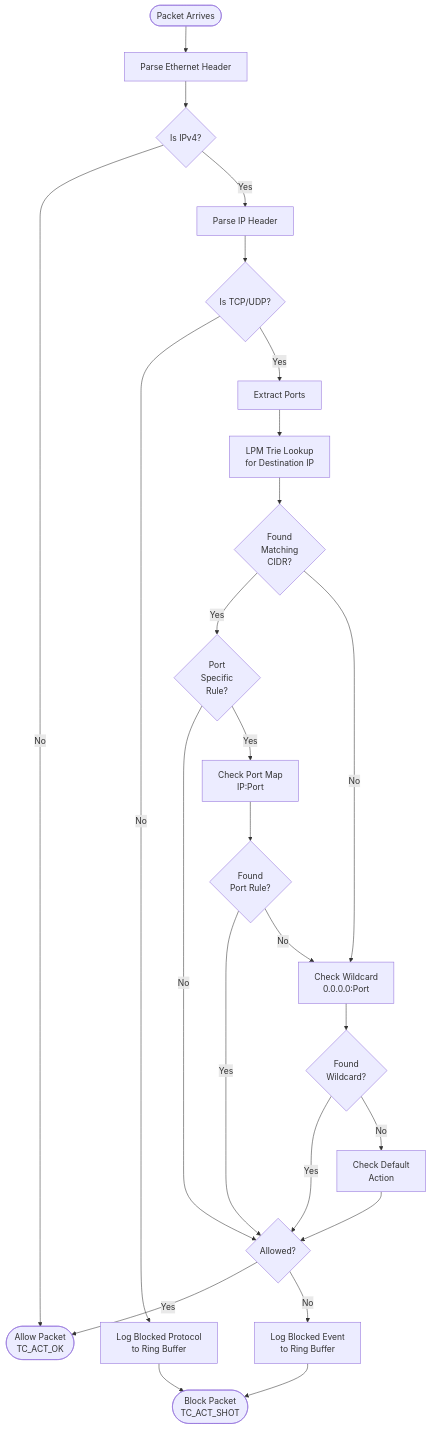
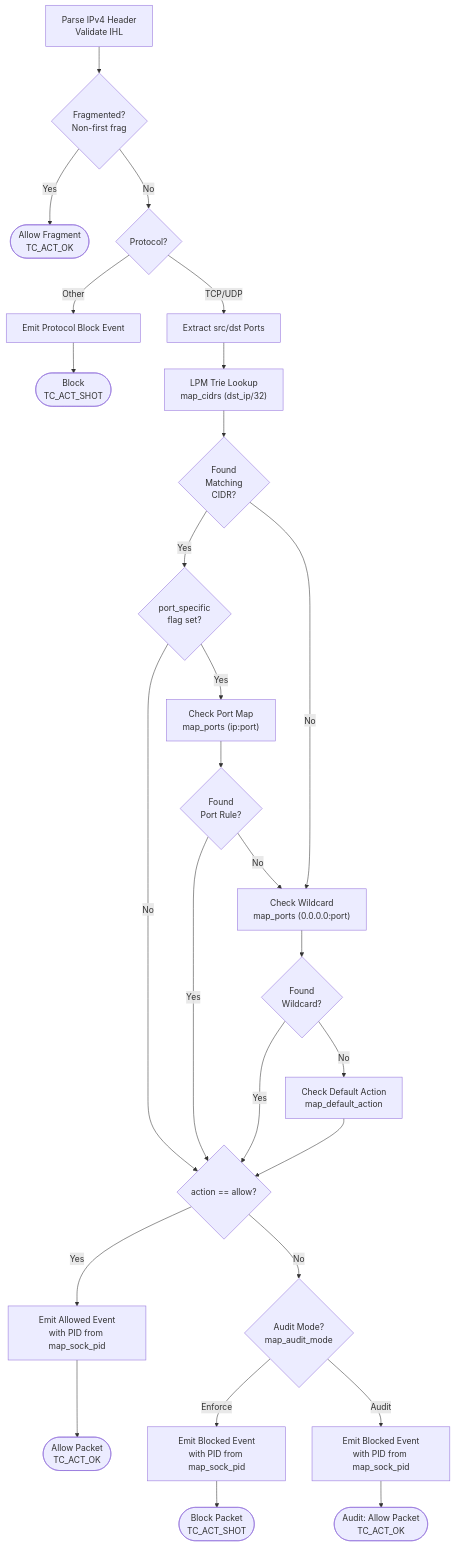
The third of 6 diagrams in design.md (code-cargo/cargowall), drawn with Mermaid before and after one commit. The commit also changed other lines of this file and 64 other files, not shown here.

````diff
--- a/design.md
+++ b/design.md
@@ -76,55 +115,59 @@
 ```mermaid
 flowchart TD
-    Start([Packet Arrives])
-    ParseEth[Parse Ethernet Header]
-    IsIP{Is IPv4?}
-    ParseIP[Parse IP Header]
-    IsTCPUDP{Is TCP/UDP?}
-    ParsePorts[Extract Ports]
+    ParseIP[Parse IPv4 Header<br/>Validate IHL]
+    IsFrag{Fragmented?<br/>Non-first frag}
+    AllowFrag([Allow Fragment<br/>TC_ACT_OK])
+    IsTCPUDP{Protocol?}
+    BlockProto[Emit Protocol Block Event]
+    BlockShot([Block<br/>TC_ACT_SHOT])
+    ParsePorts[Extract src/dst Ports]
 
-    LPMLookup[LPM Trie Lookup<br/>for Destination IP]
+    LPMLookup["LPM Trie Lookup<br/>map_cidrs (dst_ip/32)"]
     HasRule{Found<br/>Matching<br/>CIDR?}
 
-    IsPortSpecific{Port<br/>Specific<br/>Rule?}
-    CheckPort[Check Port Map<br/>IP:Port]
+    IsPortSpecific{port_specific<br/>flag set?}
+    CheckPort["Check Port Map<br/>map_ports (ip:port)"]
     HasPortRule{Found<br/>Port Rule?}
 
-    CheckWildcard[Check Wildcard<br/>0.0.0.0:Port]
+    CheckWildcard["Check Wildcard<br/>map_ports (0.0.0.0:port)"]
     HasWildcard{Found<br/>Wildcard?}
 
-    CheckDefault[Check Default<br/>Action]
-    IsAllowed{Allowed?}
+    CheckDefault["Check Default Action<br/>map_default_action"]
+    IsAllowed{action == allow?}
 
+    AuditCheck{Audit Mode?<br/>map_audit_mode}
+    EmitAllow[Emit Allowed Event<br/>with PID from map_sock_pid]
+    EmitBlock[Emit Blocked Event<br/>with PID from map_sock_pid]
+    EmitAudit[Emit Blocked Event<br/>with PID from map_sock_pid]
     Allow([Allow Packet<br/>TC_ACT_OK])
     Block([Block Packet<br/>TC_ACT_SHOT])
-    LogBlock[Log Blocked Event<br/>to Ring Buffer]
+    AuditAllow([Audit: Allow Packet<br/>TC_ACT_OK])
 
-    Start --> ParseEth
-    ParseEth --> IsIP
-    IsIP -->|No| Allow
-    IsIP -->|Yes| ParseIP
-    ParseIP --> IsTCPUDP
-    IsTCPUDP -->|No| BlockProtocol[Log Blocked Protocol<br/>to Ring Buffer]
-    IsTCPUDP -->|Yes| ParsePorts
-    BlockProtocol --> Block
+    ParseIP --> IsFrag
+    IsFrag -->|Yes| AllowFrag
+    IsFrag -->|No| IsTCPUDP
+    IsTCPUDP -->|Other| BlockProto
+    BlockProto --> BlockShot
+    IsTCPUDP -->|TCP/UDP| ParsePorts
+
     ParsePorts --> LPMLookup
-
     LPMLookup --> HasRule
     HasRule -->|Yes| IsPortSpecific
     HasRule -->|No| CheckWildcard
 
     IsPortSpecific -->|No| IsAllowed
     IsPortSpecific -->|Yes| CheckPort
     CheckPort --> HasPortRule
     HasPortRule -->|Yes| IsAllowed
     HasPortRule -->|No| CheckWildcard
 
     CheckWildcard --> HasWildcard
     HasWildcard -->|Yes| IsAllowed
     HasWildcard -->|No| CheckDefault
 
     CheckDefault --> IsAllowed
-    IsAllowed -->|Yes| Allow
-    IsAllowed -->|No| LogBlock
-    LogBlock --> Block
+    IsAllowed -->|Yes| EmitAllow --> Allow
+    IsAllowed -->|No| AuditCheck
+    AuditCheck -->|Enforce| EmitBlock --> Block
+    AuditCheck -->|Audit| EmitAudit --> AuditAllow
 ```
````
